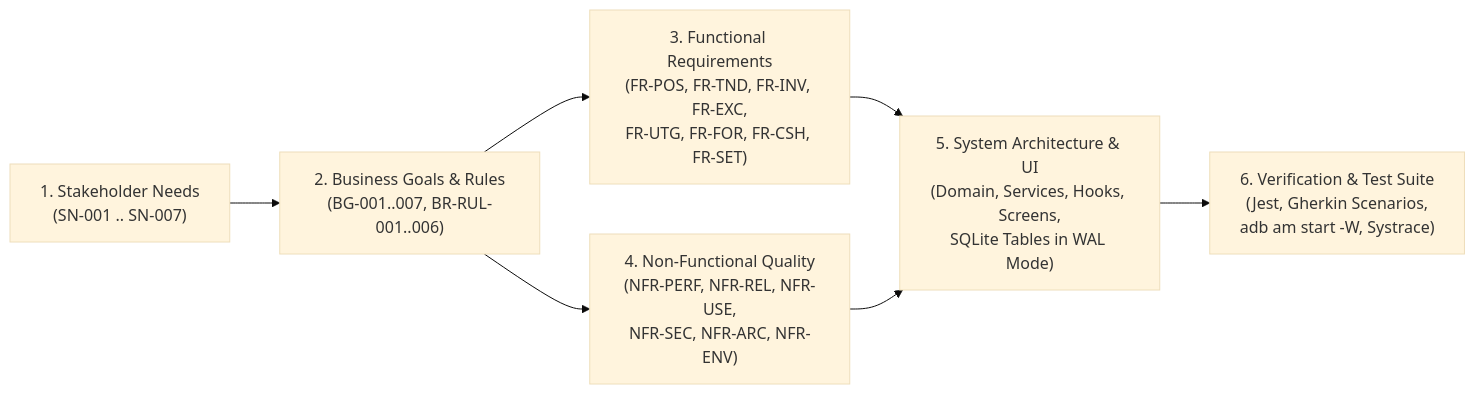
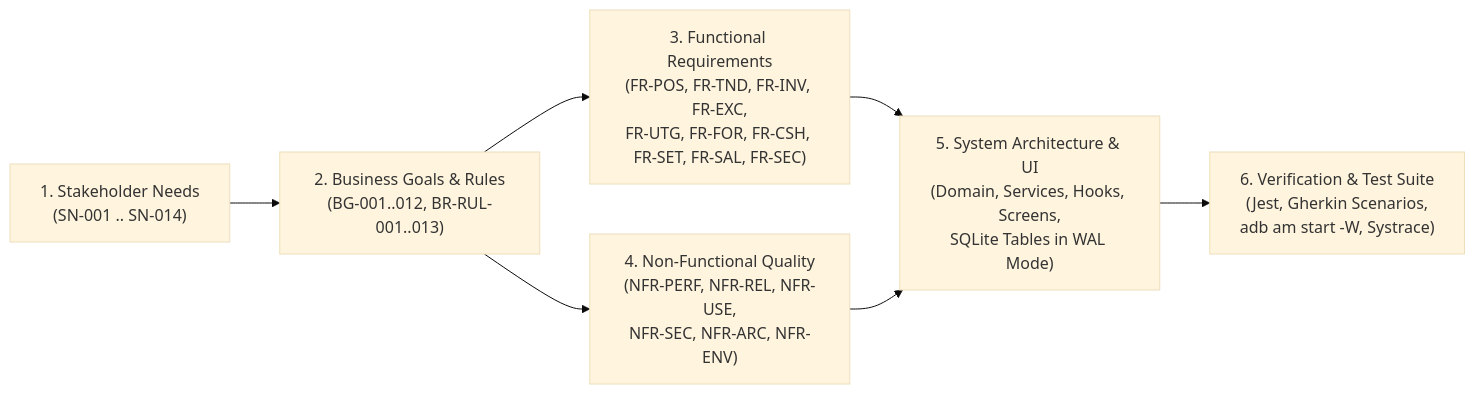
The first of 2 diagrams in rtm.md (dleiszarjeisalther/startup-tindahan-helper), drawn with Mermaid (base theme) before and after one commit. The commit also changed other lines of this file and 37 other files, not shown here.

````diff
--- a/rtm.md
+++ b/rtm.md
@@ -23,9 +23,9 @@
 ```mermaid
 flowchart LR
-    SN["1. Stakeholder Needs\n(SN-001 .. SN-007)"] --> BR["2. Business Goals & Rules\n(BG-001..007, BR-RUL-001..006)"]
-    BR --> FR["3. Functional Requirements\n(FR-POS, FR-TND, FR-INV, FR-EXC,\nFR-UTG, FR-FOR, FR-CSH, FR-SET)"]
+    SN["1. Stakeholder Needs\n(SN-001 .. SN-014)"] --> BR["2. Business Goals & Rules\n(BG-001..012, BR-RUL-001..013)"]
+    BR --> FR["3. Functional Requirements\n(FR-POS, FR-TND, FR-INV, FR-EXC,\nFR-UTG, FR-FOR, FR-CSH, FR-SET, FR-SAL, FR-SEC)"]
     BR --> NFR["4. Non-Functional Quality\n(NFR-PERF, NFR-REL, NFR-USE,\nNFR-SEC, NFR-ARC, NFR-ENV)"]
     FR --> CODE["5. System Architecture & UI\n(Domain, Services, Hooks, Screens,\nSQLite Tables in WAL Mode)"]
     NFR --> CODE
     CODE --> TEST["6. Verification & Test Suite\n(Jest, Gherkin Scenarios,\nadb am start -W, Systrace)"]
 ```
````
